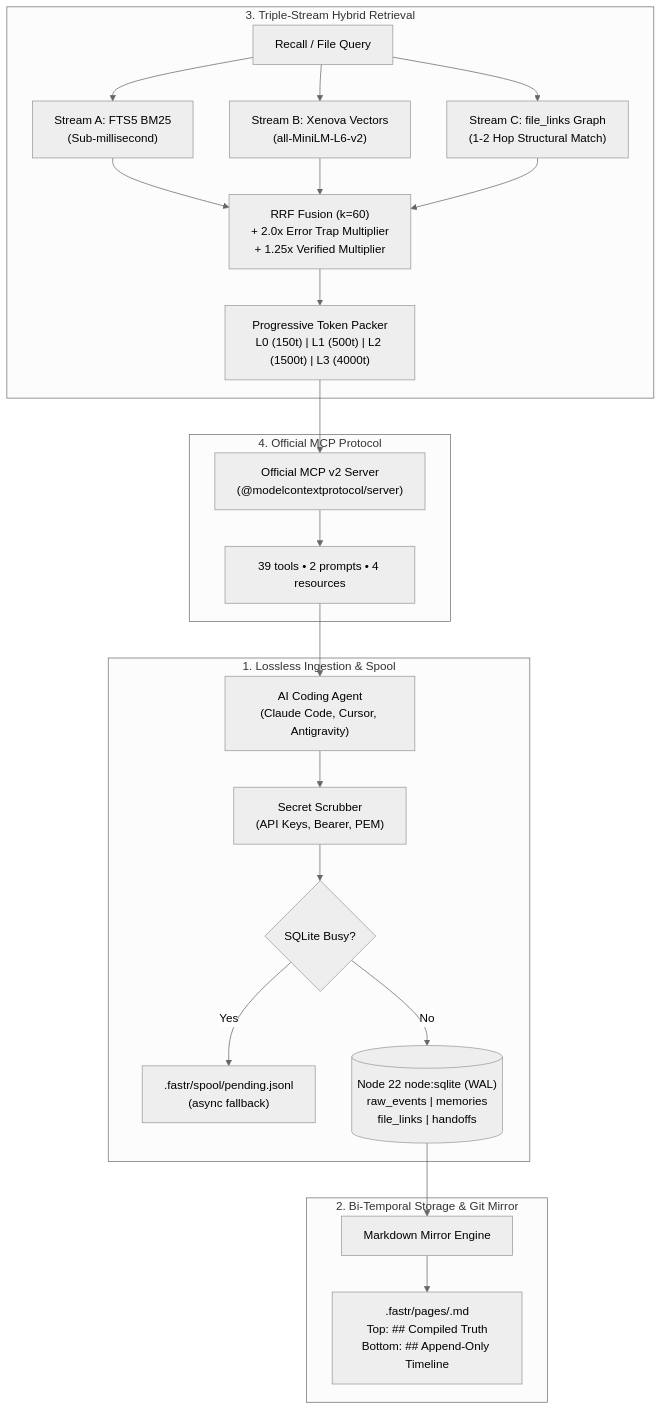
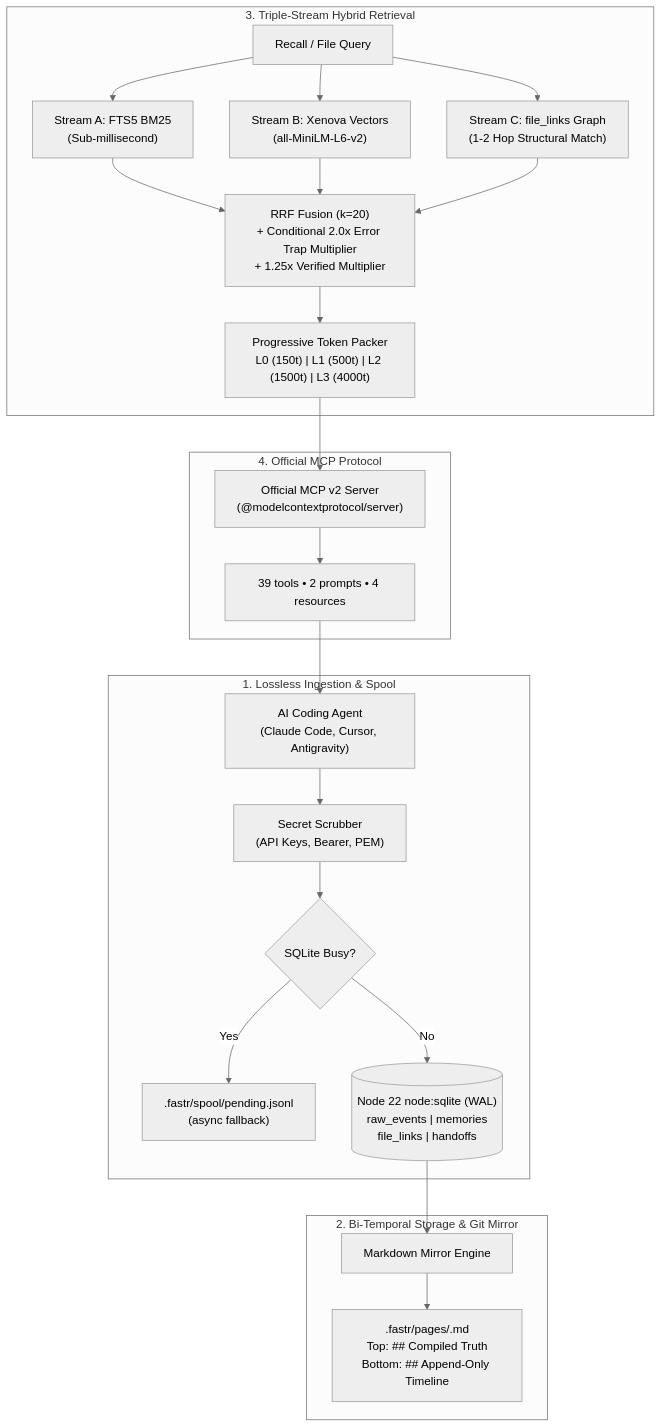
Before and after one commit to atifjubaer/fastrmemory: the diagram in README.md, drawn with Mermaid (neutral theme). The commit also changed other lines of this file and 13 other files, not shown here.

````diff
--- a/README.md
+++ b/README.md
@@ -375,29 +370,29 @@
 ```mermaid
 flowchart TD
     subgraph Ingestion["1. Lossless Ingestion & Spool"]
         Agent["AI Coding Agent\n(Claude Code, Cursor, Antigravity)"] --> Scrubber["Secret Scrubber\n(API Keys, Bearer, PEM)"]
         Scrubber --> Spool{"SQLite Busy?"}
         Spool -- Yes --> SpoolFile[".fastr/spool/pending.jsonl\n(async fallback)"]
         Spool -- No --> DB
     end
 
     subgraph Storage["2. Bi-Temporal Storage & Git Mirror"]
         DB[("Node 22 node:sqlite (WAL)\nraw_events | memories\nfile_links | handoffs")]
         DB --> Mirror["Markdown Mirror Engine"]
         Mirror --> Pages[".fastr/pages/<module>.md\nTop: ## Compiled Truth\nBottom: ## Append-Only Timeline"]
     end
 
     subgraph Search["3. Triple-Stream Hybrid Retrieval"]
         Query["Recall / File Query"] --> FTS["Stream A: FTS5 BM25\n(Sub-millisecond)"]
         Query --> Vec["Stream B: Xenova Vectors\n(all-MiniLM-L6-v2)"]
         Query --> Graph["Stream C: file_links Graph\n(1-2 Hop Structural Match)"]
-        FTS & Vec & Graph --> RRF["RRF Fusion (k=60)\n+ 2.0x Error Trap Multiplier\n+ 1.25x Verified Multiplier"]
+        FTS & Vec & Graph --> RRF["RRF Fusion (k=20)\n+ Conditional 2.0x Error Trap Multiplier\n+ 1.25x Verified Multiplier"]
         RRF --> Budget["Progressive Token Packer\nL0 (150t) | L1 (500t) | L2 (1500t) | L3 (4000t)"]
     end
 
     subgraph Protocol["4. Official MCP Protocol"]
         Budget --> MCPServer["Official MCP v2 Server\n(@modelcontextprotocol/server)"]
         MCPServer --> Tools["39 tools • 2 prompts • 4 resources"]
         Tools --> Agent
     end
 ```
````
